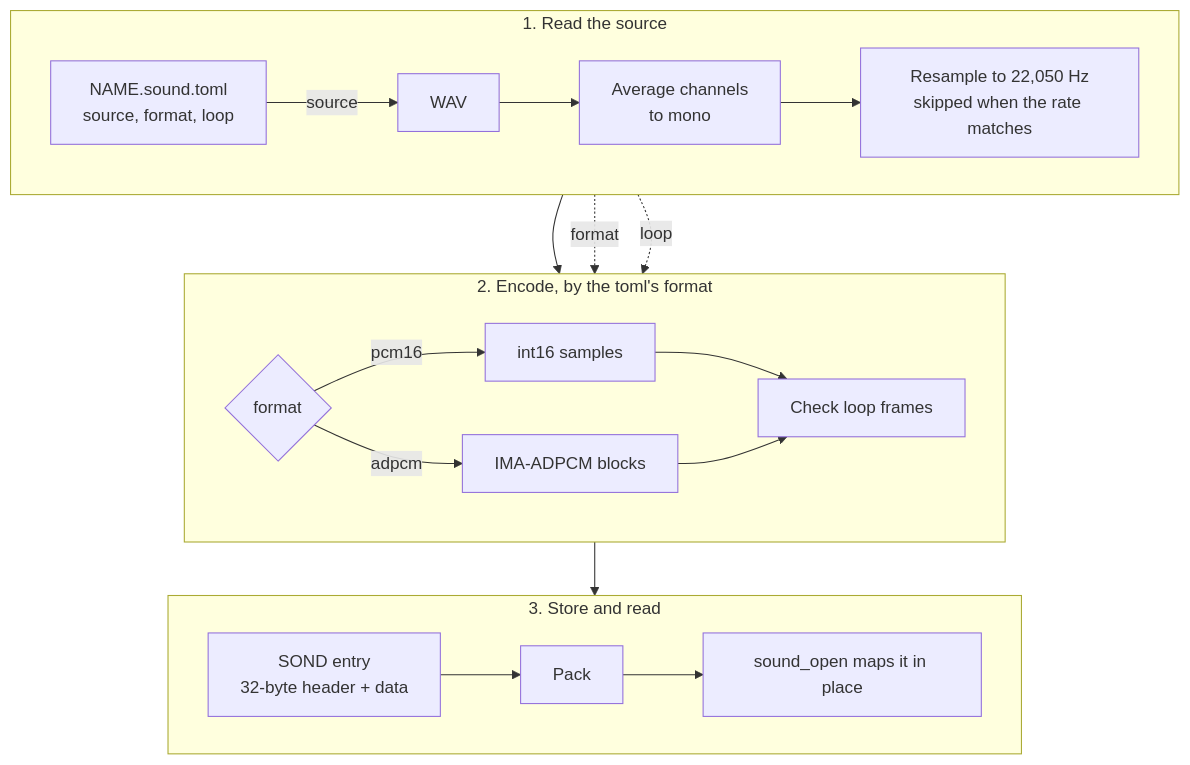
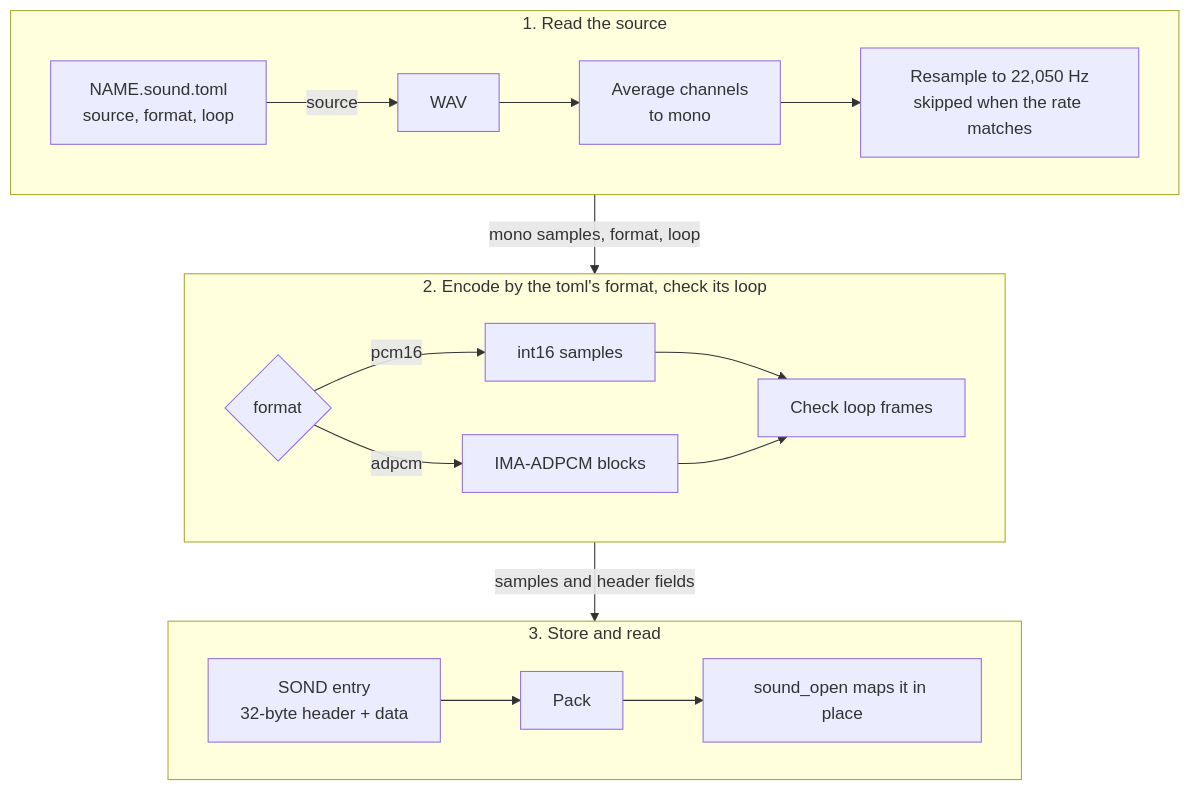
One commit to jose-villegas/autana changed the diagram in docs/audio/Sound-Assets.md. Above: the diagram before and after it, drawn with Mermaid. The commit also changed 1 other file, not shown here.

Commit message:
docs: audio diagrams link whole rows, so GitHub keeps them horizontal (autana-cvt.4)
Mermaid drops a subgraph's direction when a node inside it links to a node
outside, which GitHub's renderer does, so both two-row diagrams rendered as
tall columns there. Each row now links to the next only as a whole.

````diff
--- a/docs/audio/Sound-Assets.md
+++ b/docs/audio/Sound-Assets.md
@@ -73,25 +73,23 @@
 ```mermaid
 flowchart TB
     subgraph Source["1. Read the source"]
         direction LR
         T["NAME.sound.toml<br/>source, format, loop"] -->|source| W[WAV]
         W --> M[Average channels<br/>to mono]
         M --> R["Resample to 22,050 Hz<br/>skipped when the rate matches"]
     end
-    subgraph Encode["2. Encode, by the toml's format"]
+    subgraph Encode["2. Encode by the toml's format, check its loop"]
         direction LR
         F{format} -->|pcm16| P[int16 samples]
         F -->|adpcm| A[IMA-ADPCM blocks]
         P --> L[Check loop frames]
         A --> L
     end
     subgraph Use["3. Store and read"]
         direction LR
         S["SOND entry<br/>32-byte header + data"] --> K[Pack]
         K --> O[sound_open maps it in place]
     end
-    R --> F
-    T -.->|format| F
-    T -.->|loop| L
-    L --> S
+    Source -->|mono samples, format, loop| Encode
+    Encode -->|samples and header fields| Use
 ```
````
